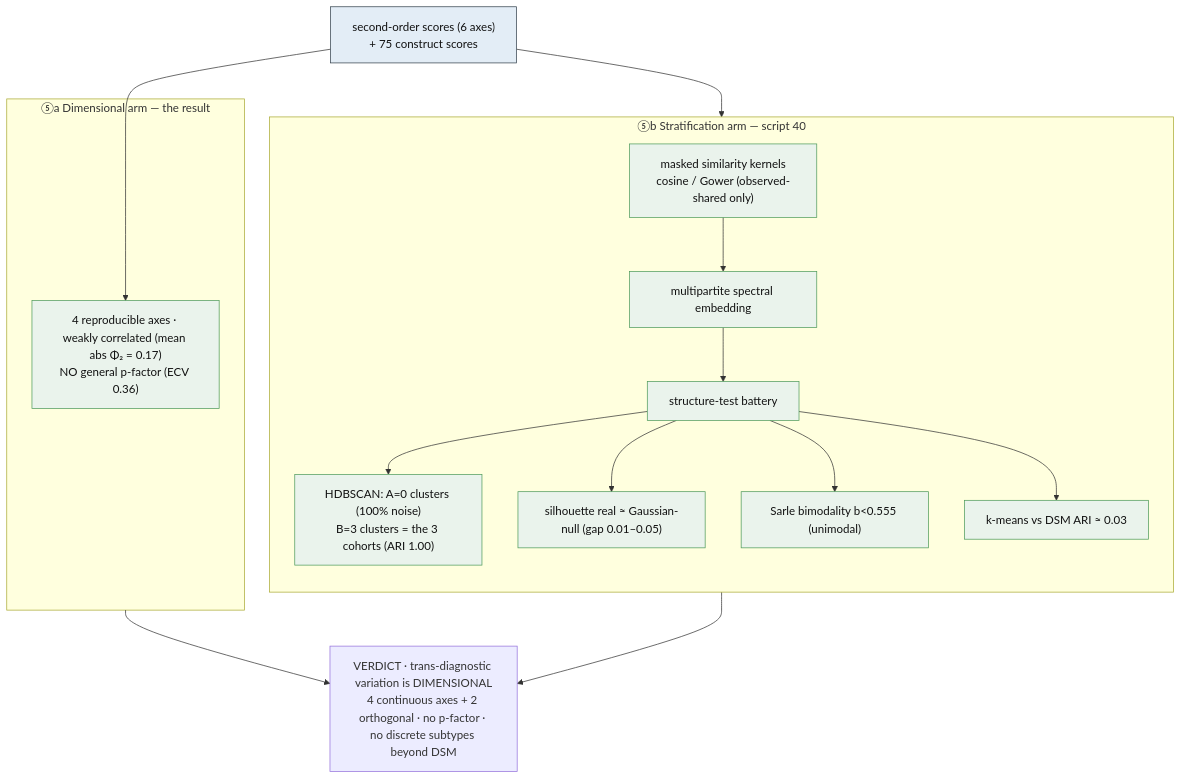
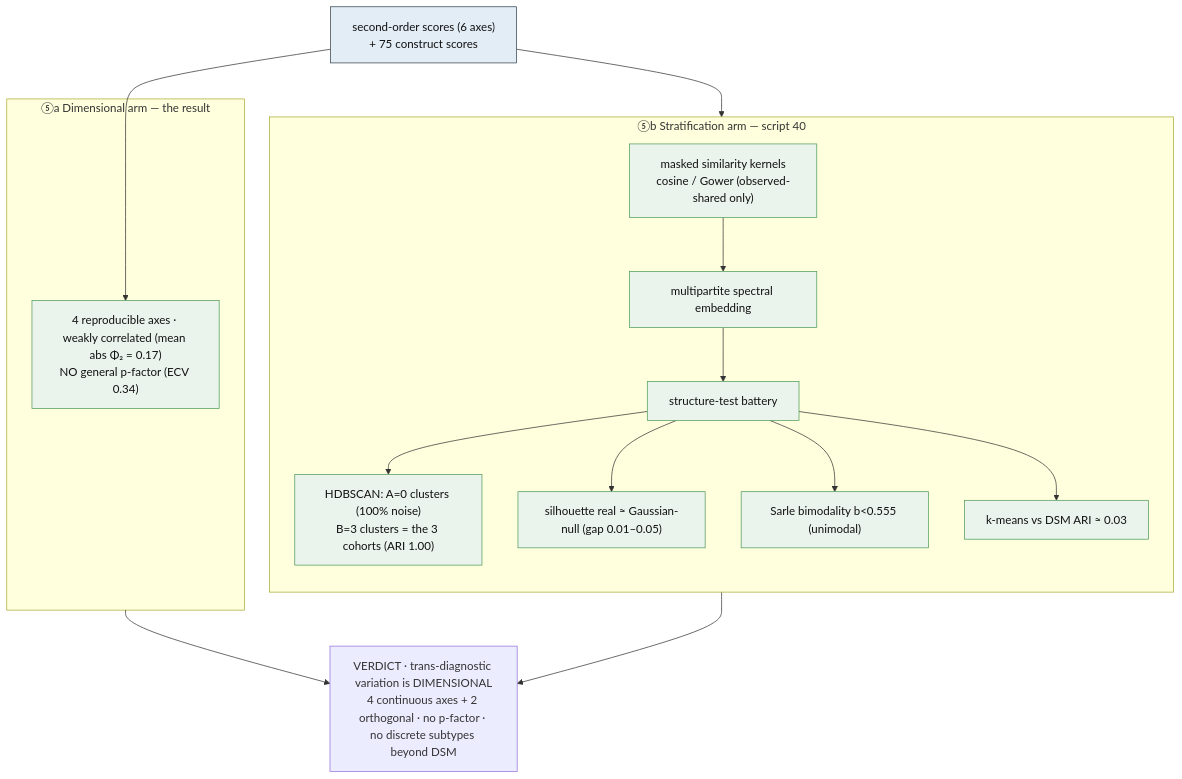
Before and after one commit to AndriiKulakovskyi/face-trans-diagnostic-phenotypes: the eighth of 10 diagrams in docs/PIPELINE.md, drawn with Mermaid. The commit also changed other lines of this file and 8 other files, not shown here.

````diff
--- a/docs/PIPELINE.md
+++ b/docs/PIPELINE.md
@@ -229,26 +229,26 @@
 ```mermaid
 flowchart TB
     classDef arm fill:#EAF3EC,stroke:#4E9A5B,color:#111
     classDef model fill:#E3EDF6,stroke:#33414b,color:#111
     M["second-order scores (6 axes)<br/>+ 75 construct scores"]:::model
     M --> DA
     M --> SA
 
     subgraph DIM["⑤a Dimensional arm — the result"]
-        DA["4 reproducible axes · weakly correlated (mean abs Φ₂ = 0.17)<br/>NO general p-factor (ECV 0.36)"]:::arm
+        DA["4 reproducible axes · weakly correlated (mean abs Φ₂ = 0.17)<br/>NO general p-factor (ECV 0.34)"]:::arm
     end
 
     subgraph STR["⑤b Stratification arm — script 40"]
         direction TB
         SA["masked similarity kernels<br/>cosine / Gower (observed-shared only)"]:::arm
         SA --> SE["multipartite spectral embedding"]:::arm
         SE --> TB2["structure-test battery"]:::arm
         TB2 --> HD["HDBSCAN: A=0 clusters (100% noise)<br/>B=3 clusters = the 3 cohorts (ARI 1.00)"]:::arm
         TB2 --> SI["silhouette real ≈ Gaussian-null (gap 0.01–0.05)"]:::arm
         TB2 --> BM["Sarle bimodality b<0.555 (unimodal)"]:::arm
         TB2 --> AR["k-means vs DSM ARI ≈ 0.03"]:::arm
     end
 
     DIM --> VERD["VERDICT · trans-diagnostic variation is DIMENSIONAL<br/>4 continuous axes + 2 orthogonal · no p-factor · no discrete subtypes beyond DSM"]
     STR --> VERD
 ```
````
